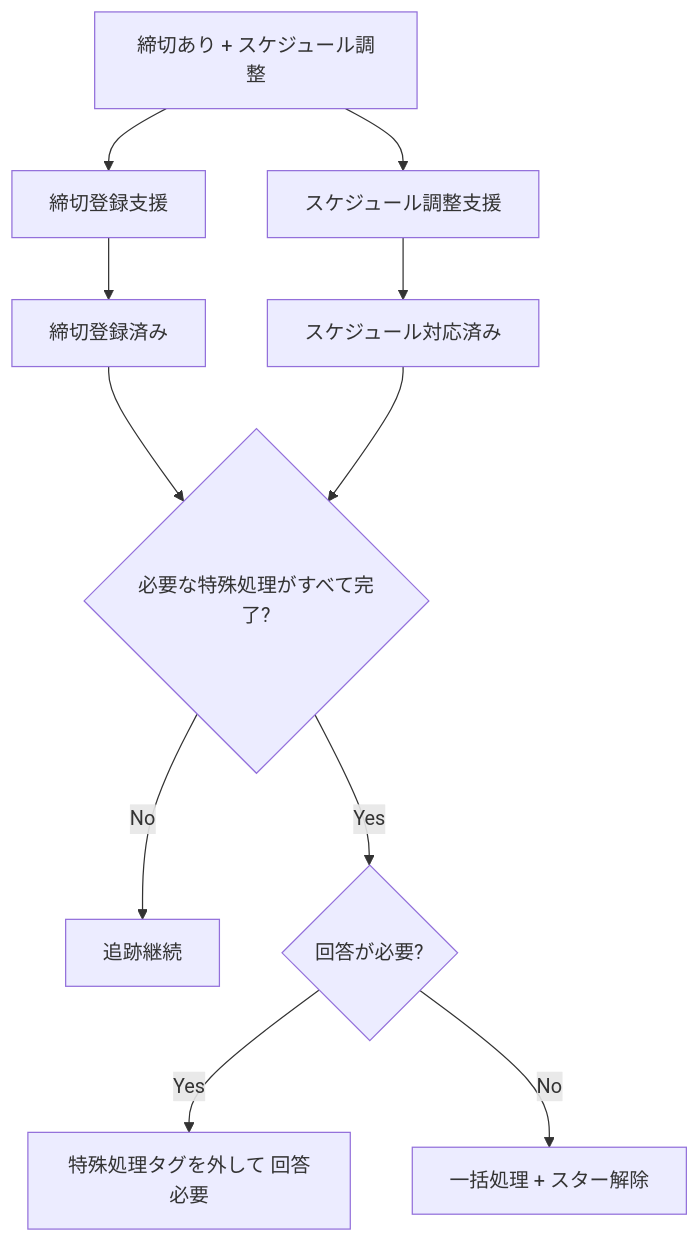
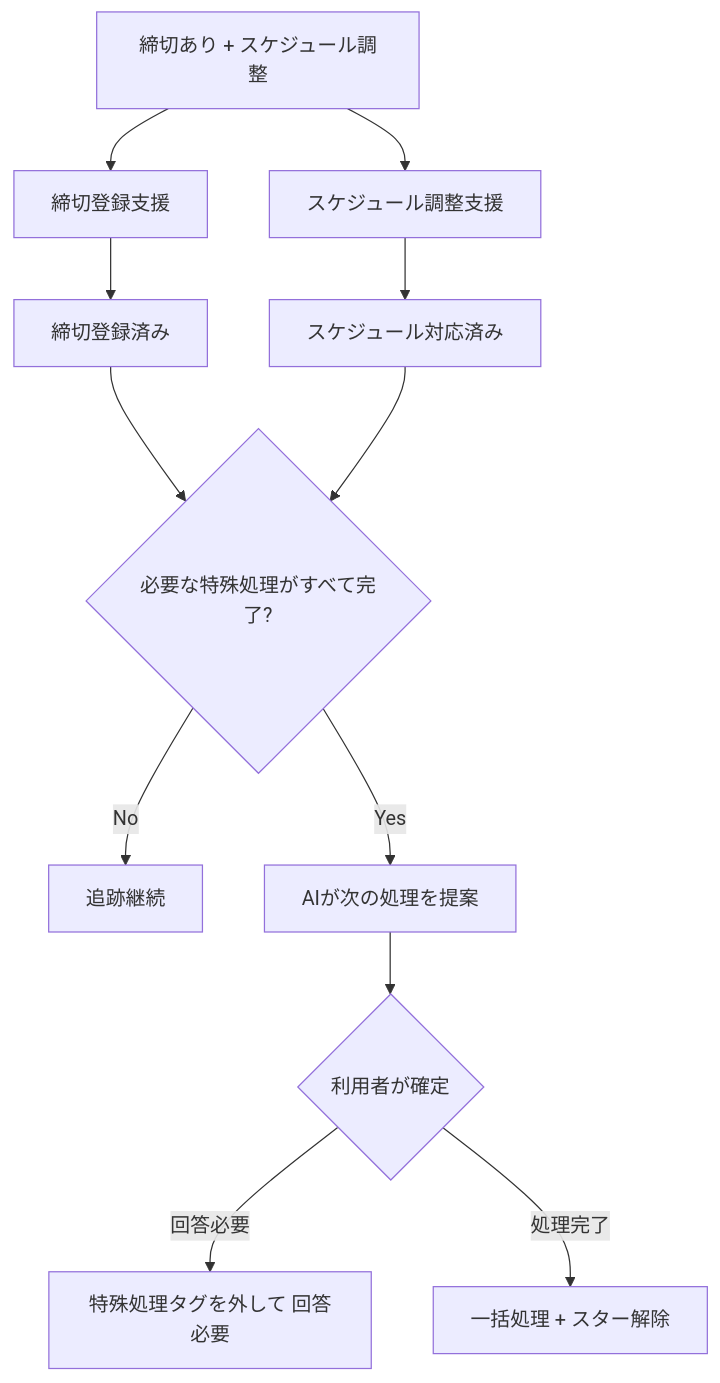
One commit to a3suger/WorkInBox changed the third of 3 diagrams in docs/design_workflow.md. Above: the diagram before and after it, drawn with Mermaid. The commit also changed other lines of this file, not shown here.

````diff
--- a/docs/design_workflow.md
+++ b/docs/design_workflow.md
@@ -441,13 +480,14 @@
 ```mermaid
 flowchart TD
     A[締切あり + スケジュール調整] --> B[締切登録支援]
     A --> C[スケジュール調整支援]
     B --> D[締切登録済み]
     C --> E[スケジュール対応済み]
     D --> F{必要な特殊処理がすべて完了?}
     E --> F
     F -- No --> G[追跡継続]
-    F -- Yes --> H{回答が必要?}
-    H -- Yes --> I[特殊処理タグを外して 回答必要]
-    H -- No --> J[一括処理 + スター解除]
+    F -- Yes --> H[AIが次の処理を提案]
+    H --> I{利用者が確定}
+    I -- 回答必要 --> J[特殊処理タグを外して 回答必要]
+    I -- 処理完了 --> K[一括処理 + スター解除]
 ```
````
